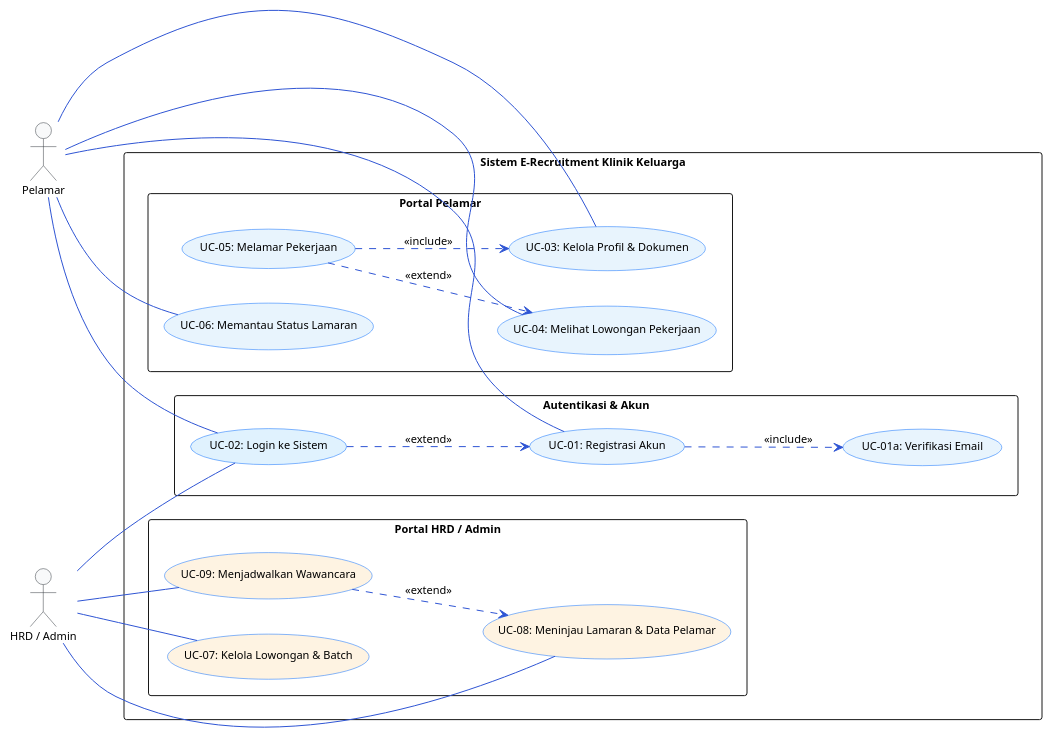
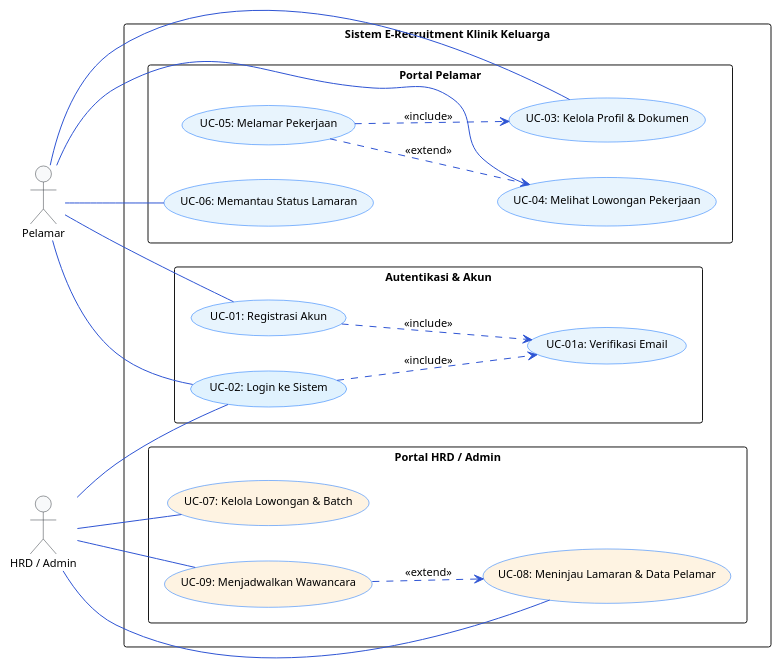
Before and after one commit to Madtive-Studio/klinik_keluarga_career: the diagram in public/assets/diagrams/VP/Use_Case_Diagram.puml, drawn with PlantUML. The commit also changed 46 other files, not shown here.

Commit message:
feat: add email verification tests, update document types, and update system activity diagrams

```diff
--- a/public/assets/diagrams/VP/Use_Case_Diagram.puml
+++ b/public/assets/diagrams/VP/Use_Case_Diagram.puml
@@ -1,63 +1,63 @@
 @startuml
 skinparam defaultFontName Arial
 skinparam defaultFontSize 11
 skinparam packageStyle rectangle
 
 skinparam actor {
   BackgroundColor #F8F9FA
   BorderColor #343A40
 }
 skinparam usecase {
   BackgroundColor #E8F4FD
   BorderColor #0D6EFD
 }
 skinparam ArrowColor #2F55D4
 
 left to right direction
 
 actor "Pelamar" as Pelamar
 actor "HRD / Admin" as HRD
 
 rectangle "Sistem E-Recruitment Klinik Keluarga" {
   
   package "Autentikasi & Akun" {
     usecase "UC-01: Registrasi Akun" as UC01
     usecase "UC-01a: Verifikasi Email" as UC01a
     usecase "UC-02: Login ke Sistem" as UC02 #E0F2FE
   }
 
   package "Portal Pelamar" {
     usecase "UC-03: Kelola Profil & Dokumen" as UC03
     usecase "UC-04: Melihat Lowongan Pekerjaan" as UC04
     usecase "UC-05: Melamar Pekerjaan" as UC05
     usecase "UC-06: Memantau Status Lamaran" as UC06
   }
 
   package "Portal HRD / Admin" {
     usecase "UC-07: Kelola Lowongan & Batch" as UC07 #FEF3E2
     usecase "UC-08: Meninjau Lamaran & Data Pelamar" as UC08 #FEF3E2
     usecase "UC-09: Menjadwalkan Wawancara" as UC09 #FEF3E2
   }
 }
 
 ' Relasi Aktor Pelamar
 Pelamar -- UC01
 Pelamar -- UC02
 Pelamar -- UC03
 Pelamar -- UC04
 Pelamar -- UC06
 
 ' Relasi Aktor HRD
 HRD -- UC02
 HRD -- UC07
 HRD -- UC08
 HRD -- UC09
 
 ' Relasi Include & Extend
 UC01 ..> UC01a : <<include>>
-UC02 ..> UC01 : <<extend>>
+UC02 ..> UC01a : <<include>>
 UC05 ..> UC04 : <<extend>>
 UC05 ..> UC03 : <<include>>
 UC09 ..> UC08 : <<extend>>
 
 @enduml
```
